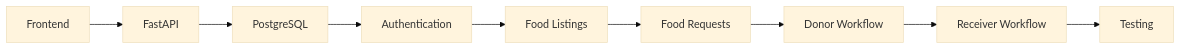
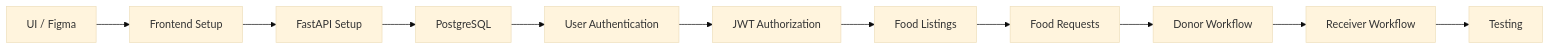
One commit to sapna71/RePlate changed the tenth of 10 diagrams in README.md. Above: the diagram before and after it, drawn with Mermaid (base theme). The commit also changed other lines of this file, not shown here.

````diff
--- a/README.md
+++ b/README.md
@@ -530,11 +684,13 @@
 ```mermaid
 flowchart LR
-    A[Frontend] --> B[FastAPI]
-    B --> C[PostgreSQL]
-    C --> D[Authentication]
-    D --> E[Food Listings]
-    E --> F[Food Requests]
-    F --> G[Donor Workflow]
-    G --> H[Receiver Workflow]
-    H --> I[Testing]
+    A[UI / Figma] --> B[Frontend Setup]
+    B --> C[FastAPI Setup]
+    C --> D[PostgreSQL]
+    D --> E[User Authentication]
+    E --> F[JWT Authorization]
+    F --> G[Food Listings]
+    G --> H[Food Requests]
+    H --> I[Donor Workflow]
+    I --> J[Receiver Workflow]
+    J --> K[Testing]
 ```
````
